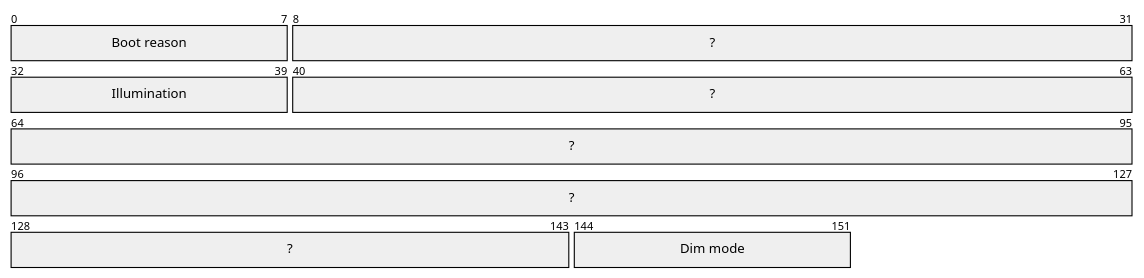
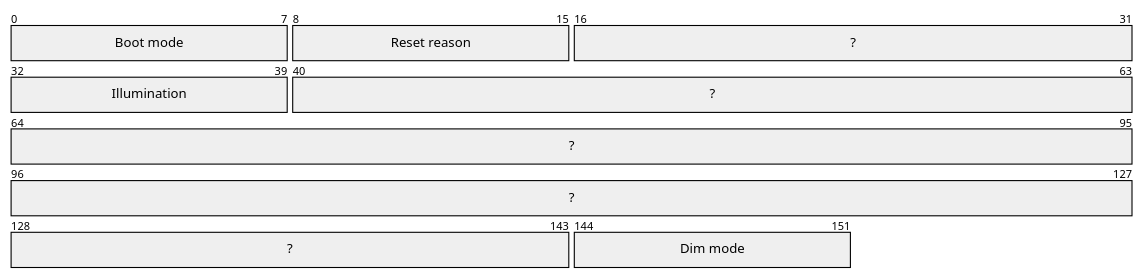
Diagram 13 of 41 in docs/spec/kia-ev6-gen5w.md (W-Floyd/go-micomd), drawn with Mermaid (neutral theme) before and after one commit. The commit also changed other lines of this file and 18 other files, not shown here.

````diff
--- a/docs/spec/kia-ev6-gen5w.md
+++ b/docs/spec/kia-ev6-gen5w.md
@@ -517,8 +516,9 @@
 ```mermaid
 packet-beta
-0-7: "Boot reason"
-8-31: "?"
+0-7: "Boot mode"
+8-15: "Reset reason"
+16-31: "?"
 32-39: "Illumination"
 40-143: "?"
 144-151: "Dim mode"
 ```
````
